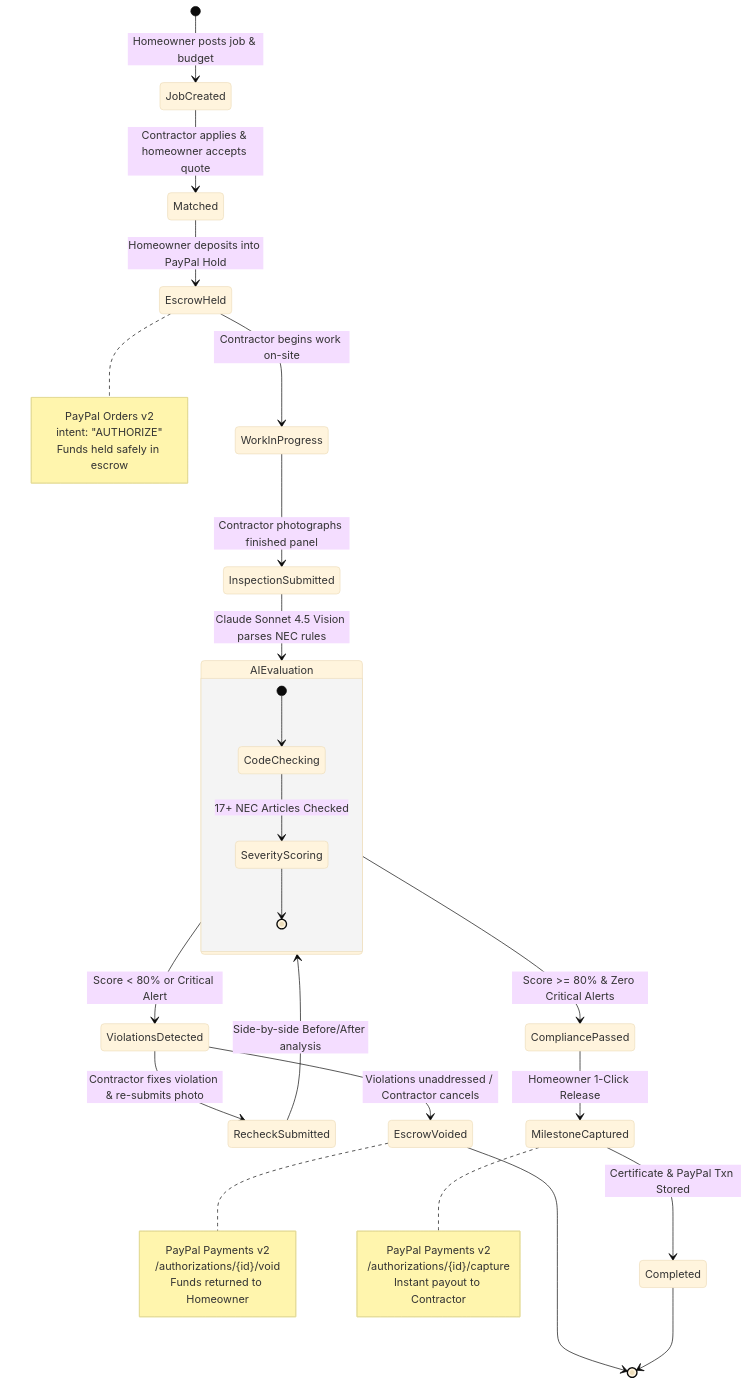
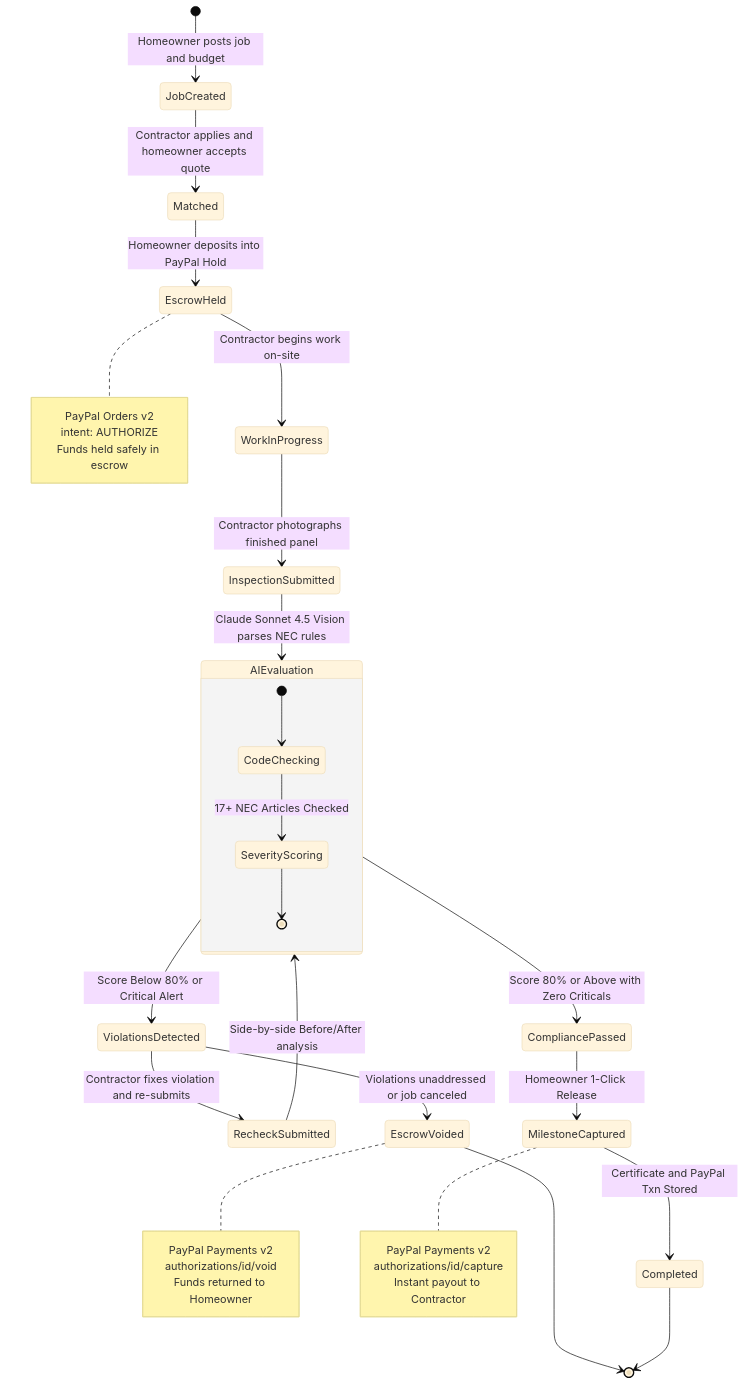
The second of 4 diagrams in README.md (Aarush-bigO/Proofpay), drawn with Mermaid (base theme) before and after one commit. The commit also changed other lines of this file, not shown here.

Commit message:
fix(docs): resolve Mermaid syntax for GitHub rendering

````diff
--- a/README.md
+++ b/README.md
@@ -126,49 +126,49 @@
 ```mermaid
 stateDiagram-v2
-    [*] --> JobCreated: Homeowner posts job & budget
+    [*] --> JobCreated: Homeowner posts job and budget
     
-    JobCreated --> Matched: Contractor applies & homeowner accepts quote
+    JobCreated --> Matched: Contractor applies and homeowner accepts quote
     
     Matched --> EscrowHeld: Homeowner deposits into PayPal Hold
     note right of EscrowHeld
         PayPal Orders v2
-        intent: "AUTHORIZE"
+        intent: AUTHORIZE
         Funds held safely in escrow
     end note
     
     EscrowHeld --> WorkInProgress: Contractor begins work on-site
     
     WorkInProgress --> InspectionSubmitted: Contractor photographs finished panel
     
     InspectionSubmitted --> AIEvaluation: Claude Sonnet 4.5 Vision parses NEC rules
     
     state AIEvaluation {
         [*] --> CodeChecking
         CodeChecking --> SeverityScoring: 17+ NEC Articles Checked
         SeverityScoring --> [*]
     }
     
-    AIEvaluation --> ViolationsDetected: Score < 80% or Critical Alert
-    AIEvaluation --> CompliancePassed: Score >= 80% & Zero Critical Alerts
+    AIEvaluation --> ViolationsDetected: Score Below 80% or Critical Alert
+    AIEvaluation --> CompliancePassed: Score 80% or Above with Zero Criticals
     
-    ViolationsDetected --> RecheckSubmitted: Contractor fixes violation & re-submits photo
+    ViolationsDetected --> RecheckSubmitted: Contractor fixes violation and re-submits
     RecheckSubmitted --> AIEvaluation: Side-by-side Before/After analysis
     
-    ViolationsDetected --> EscrowVoided: Violations unaddressed / Contractor cancels
+    ViolationsDetected --> EscrowVoided: Violations unaddressed or job canceled
     note right of EscrowVoided
         PayPal Payments v2
-        /authorizations/{id}/void
+        authorizations/id/void
         Funds returned to Homeowner
     end note
     
     CompliancePassed --> MilestoneCaptured: Homeowner 1-Click Release
     note right of MilestoneCaptured
         PayPal Payments v2
-        /authorizations/{id}/capture
+        authorizations/id/capture
         Instant payout to Contractor
     end note
     
-    MilestoneCaptured --> Completed: Certificate & PayPal Txn Stored
+    MilestoneCaptured --> Completed: Certificate and PayPal Txn Stored
     EscrowVoided --> [*]
     Completed --> [*]
 ```
````
